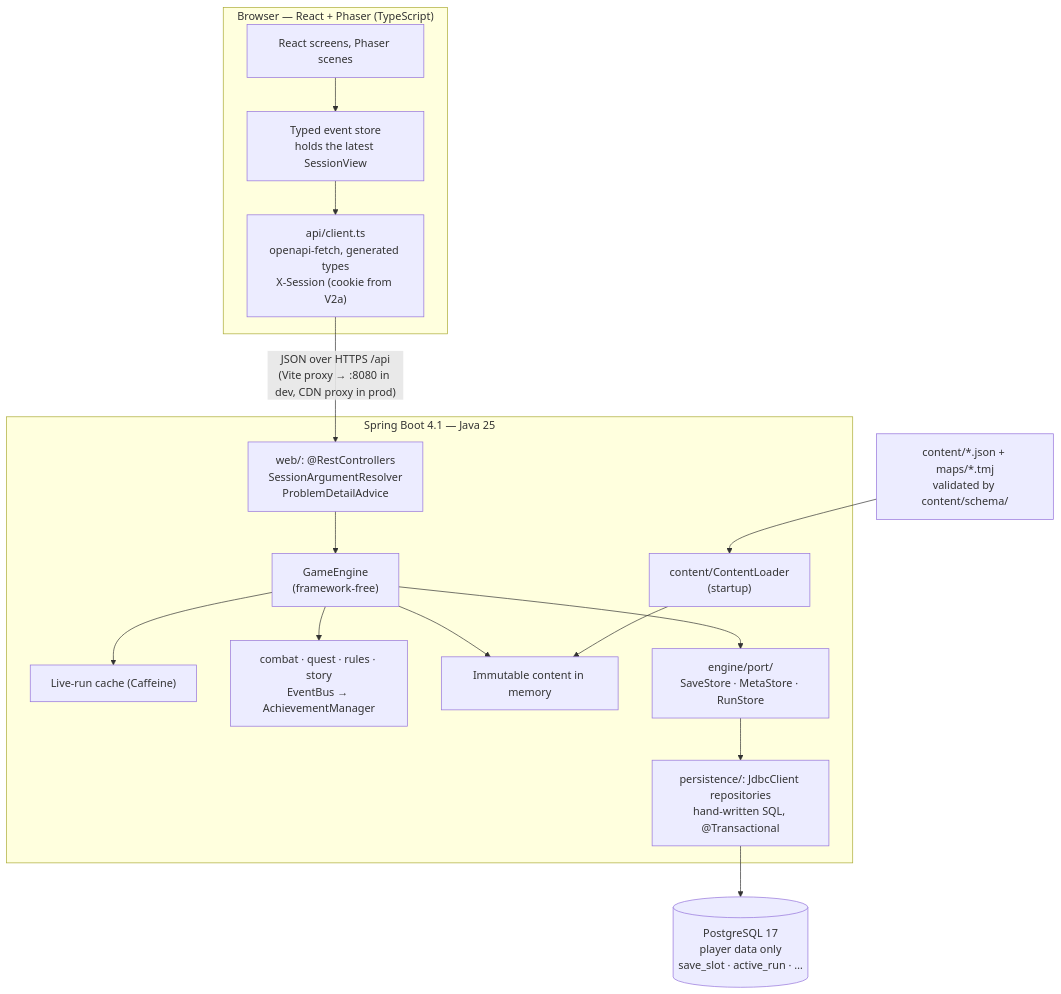
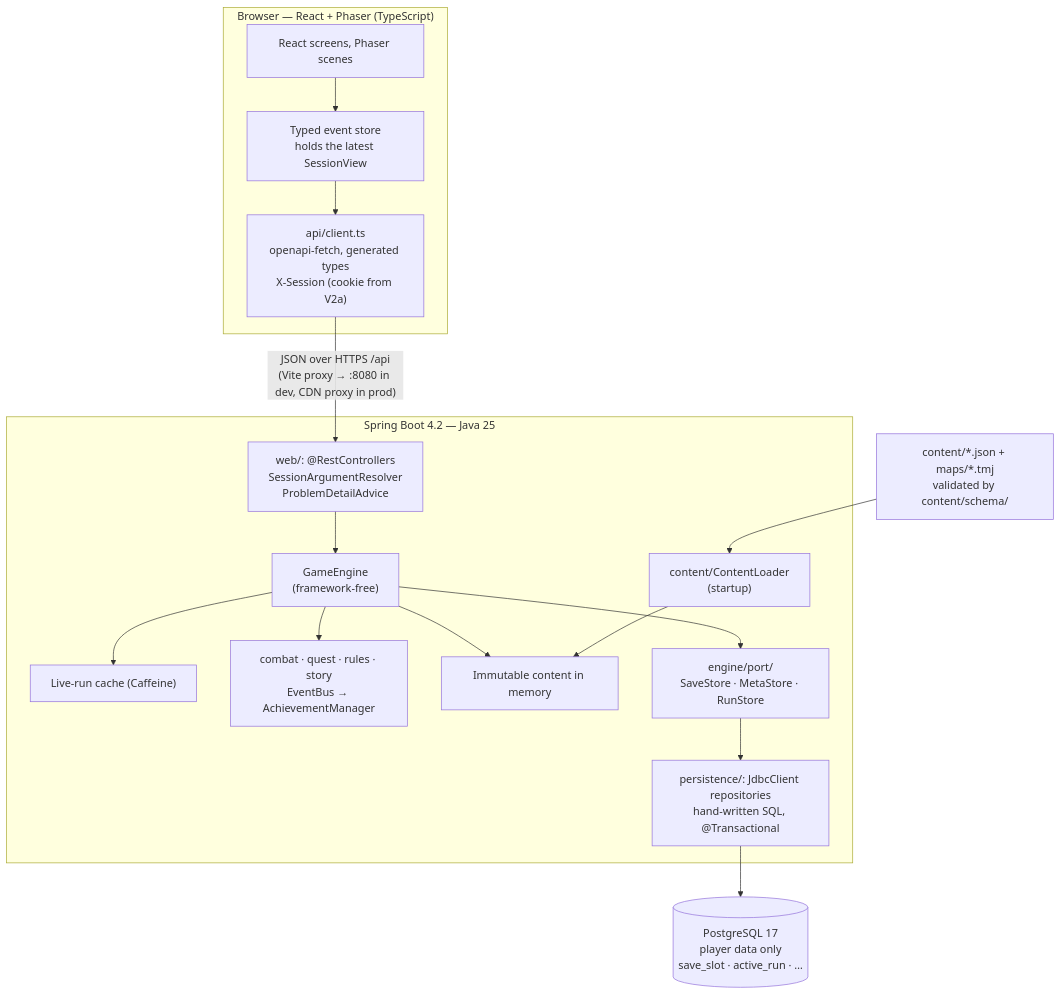
One commit to Shiven23-coder/shardbound changed the first of 2 diagrams in docs/ARCHITECTURE.md. Above: the diagram before and after it, drawn with Mermaid. The commit also changed 6 other files, not shown here.

First line of the commit message:
chore(deps): keep TypeScript 5 for openapi-typescript; docs name Spring Boot 4.2 (#12)

````diff
--- a/docs/ARCHITECTURE.md
+++ b/docs/ARCHITECTURE.md
@@ -10,22 +10,22 @@
 ```mermaid
 flowchart TB
     subgraph Browser["Browser — React + Phaser (TypeScript)"]
         UI["React screens, Phaser scenes"] --> STORE["Typed event store\nholds the latest SessionView"]
         STORE --> CLIENT["api/client.ts\nopenapi-fetch, generated types\nX-Session (cookie from V2a)"]
     end
 
     CLIENT -- "JSON over HTTPS /api\n(Vite proxy → :8080 in dev, CDN proxy in prod)" --> WEB
 
-    subgraph Server["Spring Boot 4.1 — Java 25"]
+    subgraph Server["Spring Boot 4.2 — Java 25"]
         WEB["web/: @RestControllers\nSessionArgumentResolver\nProblemDetailAdvice"] --> ENG["GameEngine\n(framework-free)"]
         ENG --> CACHE["Live-run cache (Caffeine)"]
         ENG --> RULES["combat · quest · rules · story\nEventBus → AchievementManager"]
         ENG --> MEM["Immutable content in memory"]
         ENG --> PORTS["engine/port/\nSaveStore · MetaStore · RunStore"]
         PORTS --> REPO["persistence/: JdbcClient repositories\nhand-written SQL, @Transactional"]
         LOADER["content/ContentLoader\n(startup)"] --> MEM
     end
 
     JSON["content/*.json + maps/*.tmj\nvalidated by content/schema/"] --> LOADER
     REPO --> DB[("PostgreSQL 17\nplayer data only\nsave_slot · active_run · …")]
 ```
````
